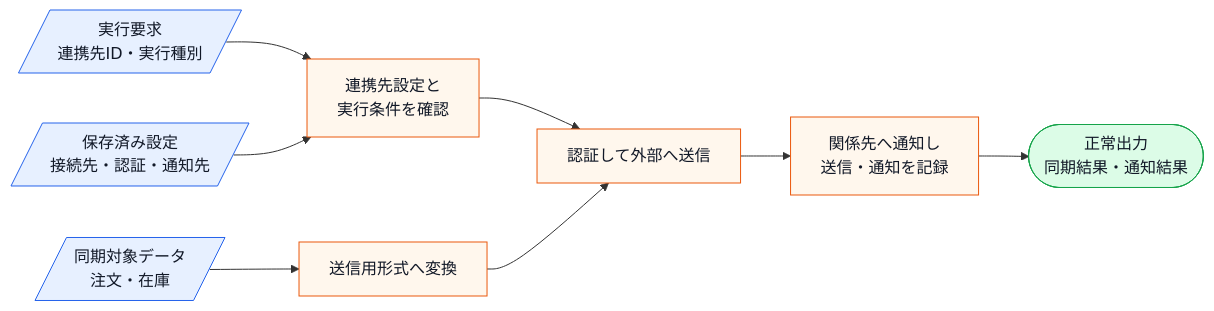
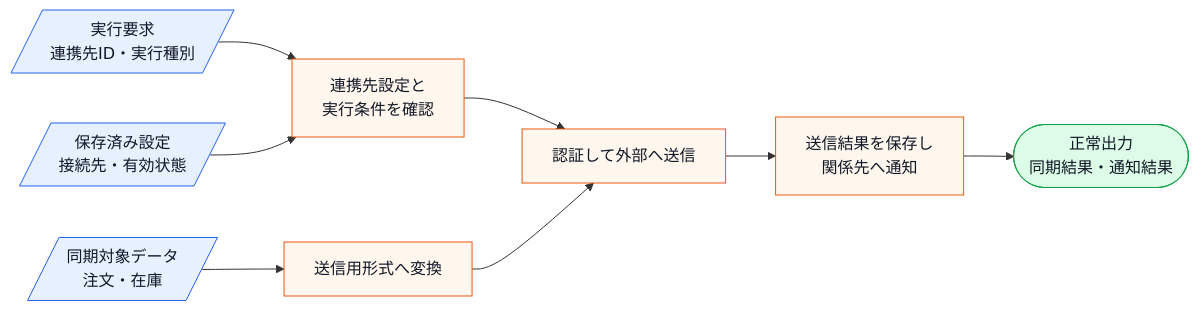
Before and after one commit to kumachan1101-pixel/DesignPattern: the second of 12 diagrams in kindle/design-patterns/output/chapter10.md, drawn with Mermaid. The commit also changed other lines of this file and 6 other files, not shown here.

````diff
--- a/kindle/design-patterns/output/chapter10.md
+++ b/kindle/design-patterns/output/chapter10.md
@@ -89,14 +90,14 @@
 ```mermaid
 flowchart LR
     A[/"実行要求<br>連携先ID・実行種別"/]:::input --> C["連携先設定と<br>実行条件を確認"]:::process
-    B[/"保存済み設定<br>接続先・認証・通知先"/]:::input --> C
+    B[/"保存済み設定<br>接続先・有効状態"/]:::input --> C
     D[/"同期対象データ<br>注文・在庫"/]:::input --> E["送信用形式へ変換"]:::process
     C --> F["認証して外部へ送信"]:::process
     E --> F
-    F --> G["関係先へ通知し<br>送信・通知を記録"]:::process
+    F --> G["送信結果を保存し<br>関係先へ通知"]:::process
     G --> H(["正常出力<br>同期結果・通知結果"]):::normal
 
     classDef input fill:#e7f0ff,stroke:#2563eb,color:#111827;
     classDef process fill:#fff7ed,stroke:#ea580c,color:#111827;
     classDef normal fill:#dcfce7,stroke:#16a34a,color:#111827;
 ```
````
